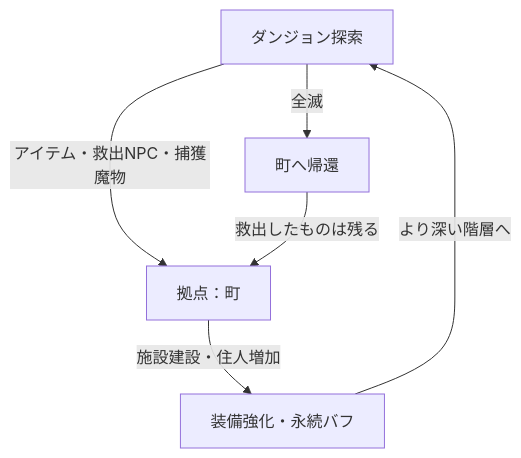
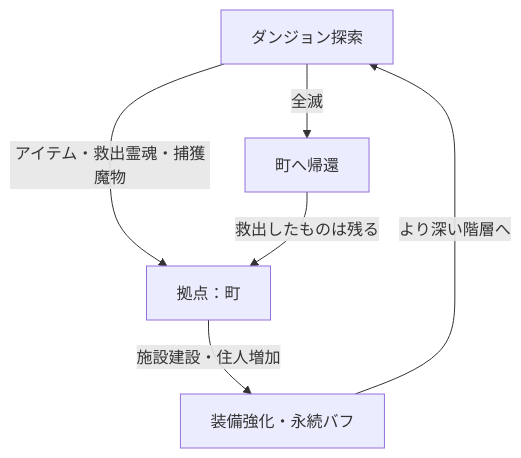
The diagram in ２Dローグライクダンジョン/GDD.md (taku686/Game-GDD), drawn with Mermaid before and after one commit. The commit also changed other lines of this file and 12 other files, not shown here.

````diff
--- a/２Dローグライクダンジョン/GDD.md
+++ b/２Dローグライクダンジョン/GDD.md
@@ -14,8 +14,8 @@
 ```mermaid
 graph TD
-    A[ダンジョン探索] -->|アイテム・救出NPC・捕獲魔物| B[拠点：町]
+    A[ダンジョン探索] -->|アイテム・救出霊魂・捕獲魔物| B[拠点：町]
     B -->|施設建設・住人増加| C[装備強化・永続バフ]
     C -->|より深い階層へ| A
     A -->|全滅| D[町へ帰還]
     D -->|救出したものは残る| B
 ```
````
